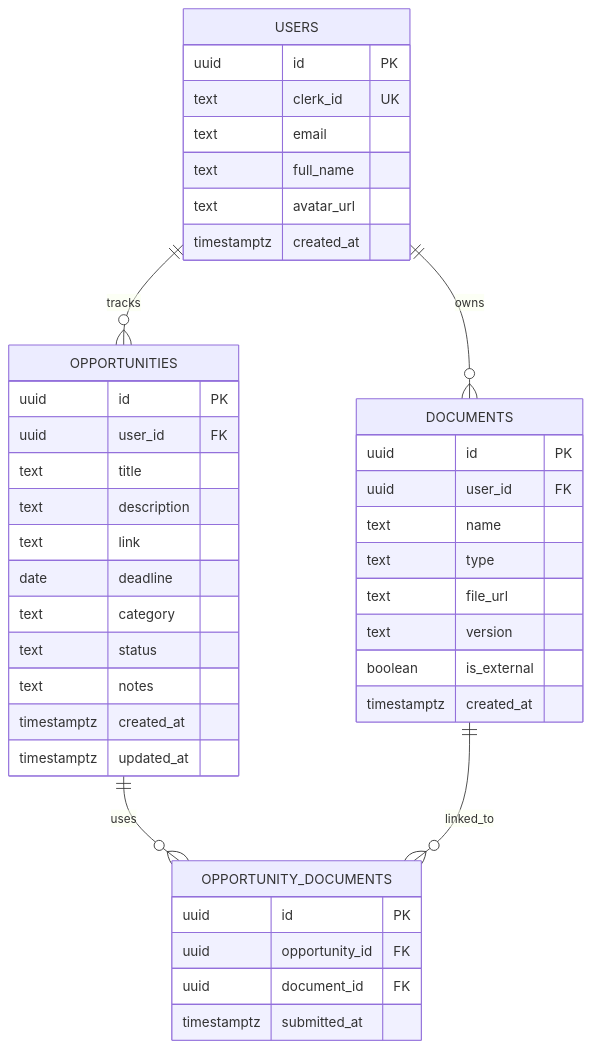
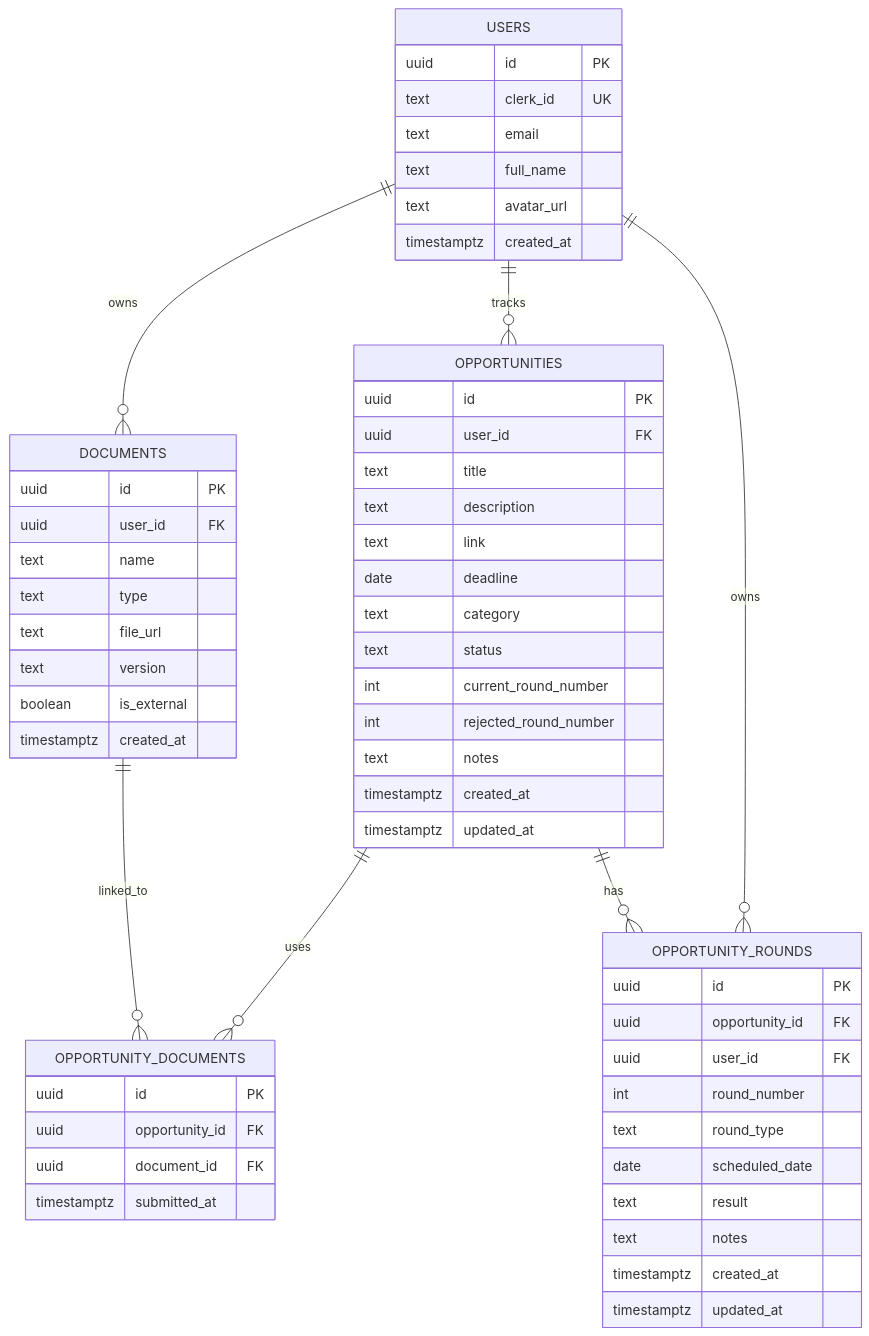
Before and after one commit to Dev1822/FutureStack: the second of 2 diagrams in README.md, drawn with Mermaid. The commit also changed other lines of this file and 5 other files, not shown here.

First line of the commit message:
Add interview rounds schema migration and documentation.

````diff
--- a/README.md
+++ b/README.md
@@ -149,48 +149,65 @@
 ```mermaid
 erDiagram
     USERS ||--o{ OPPORTUNITIES : tracks
     USERS ||--o{ DOCUMENTS : owns
+    USERS ||--o{ OPPORTUNITY_ROUNDS : owns
     OPPORTUNITIES ||--o{ OPPORTUNITY_DOCUMENTS : uses
+    OPPORTUNITIES ||--o{ OPPORTUNITY_ROUNDS : has
     DOCUMENTS ||--o{ OPPORTUNITY_DOCUMENTS : linked_to
 
     USERS {
         uuid id PK
         text clerk_id UK
         text email
         text full_name
         text avatar_url
         timestamptz created_at
     }
 
     OPPORTUNITIES {
         uuid id PK
         uuid user_id FK
         text title
         text description
         text link
         date deadline
         text category
         text status
+        int current_round_number
+        int rejected_round_number
+        text notes
+        timestamptz created_at
+        timestamptz updated_at
+    }
+
+    OPPORTUNITY_ROUNDS {
+        uuid id PK
+        uuid opportunity_id FK
+        uuid user_id FK
+        int round_number
+        text round_type
+        date scheduled_date
+        text result
         text notes
         timestamptz created_at
         timestamptz updated_at
     }
 
     DOCUMENTS {
         uuid id PK
         uuid user_id FK
         text name
         text type
         text file_url
         text version
         boolean is_external
         timestamptz created_at
     }
 
     OPPORTUNITY_DOCUMENTS {
         uuid id PK
         uuid opportunity_id FK
         uuid document_id FK
         timestamptz submitted_at
     }
 ```
````
